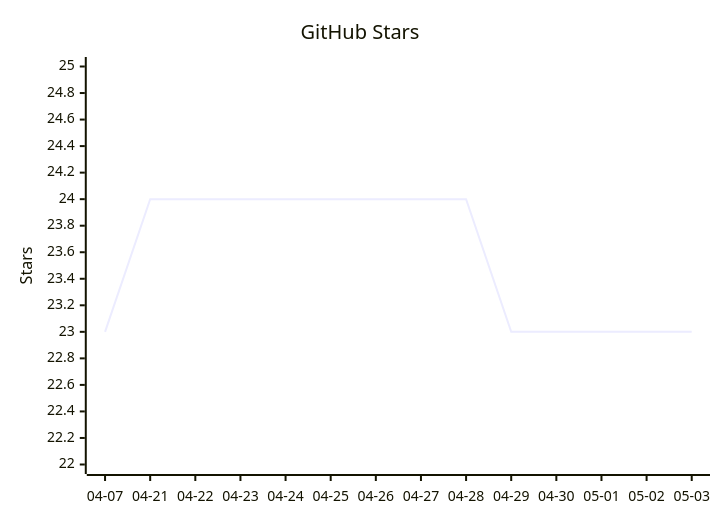
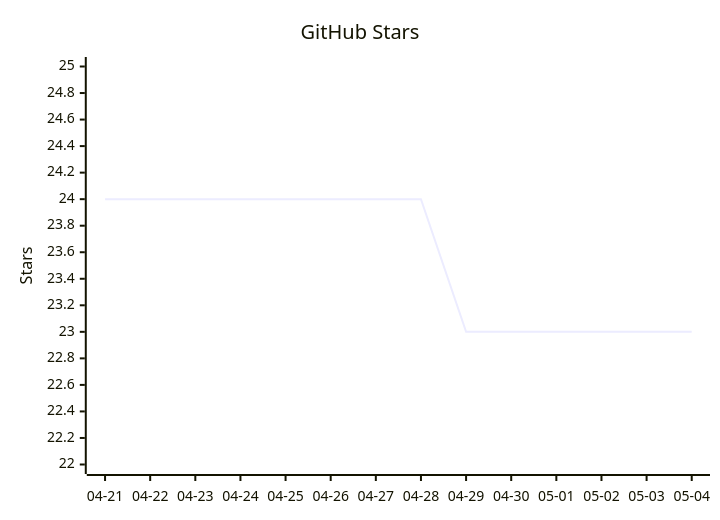
One commit to vectie/moonclaw changed the diagram in README.mbt.md. Above: the diagram before and after it, drawn with Mermaid. The commit also changed other lines of this file and 1 other file, not shown here.

Commit message:
Update README star growth

````diff
--- a/README.mbt.md
+++ b/README.mbt.md
@@ -489,7 +489,7 @@
 ```mermaid
 xychart-beta
     title "GitHub Stars"
-    x-axis ["04-07","04-21","04-22","04-23","04-24","04-25","04-26","04-27","04-28","04-29","04-30","05-01","05-02","05-03"]
+    x-axis ["04-21","04-22","04-23","04-24","04-25","04-26","04-27","04-28","04-29","04-30","05-01","05-02","05-03","05-04"]
     y-axis "Stars" 22 --> 25
-    line [23,24,24,24,24,24,24,24,24,23,23,23,23,23]
+    line [24,24,24,24,24,24,24,24,23,23,23,23,23,23]
 ```
````
